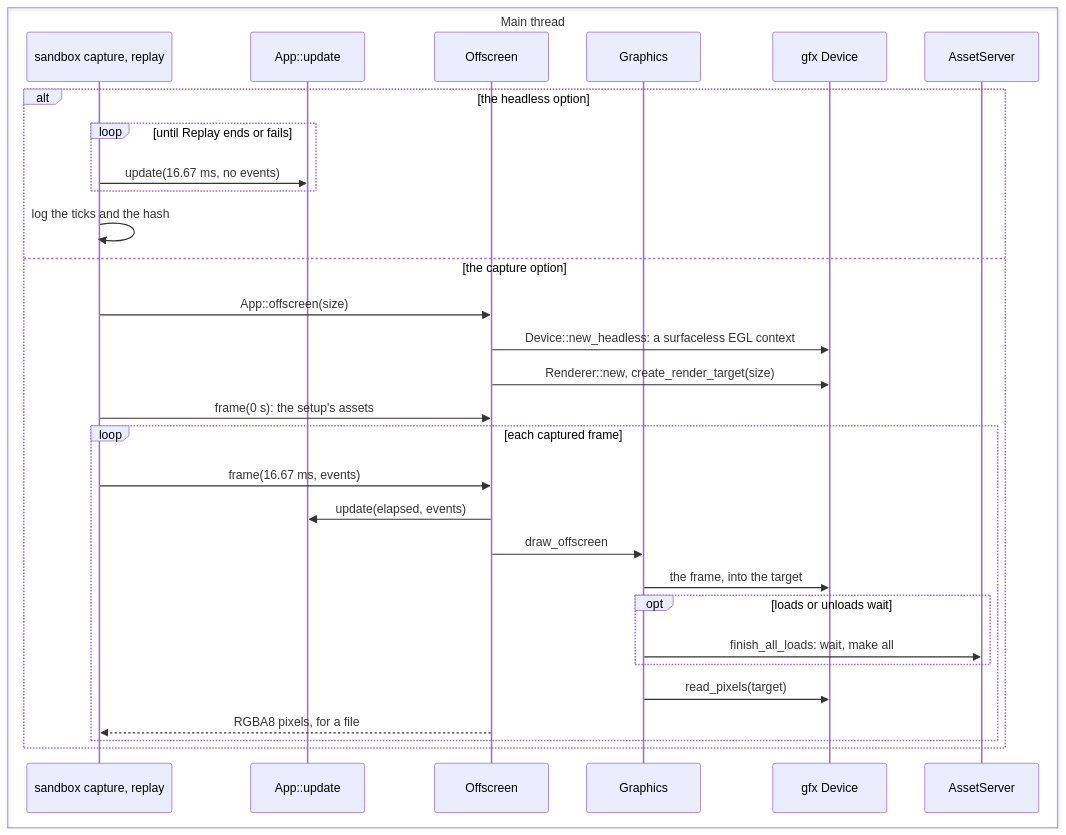
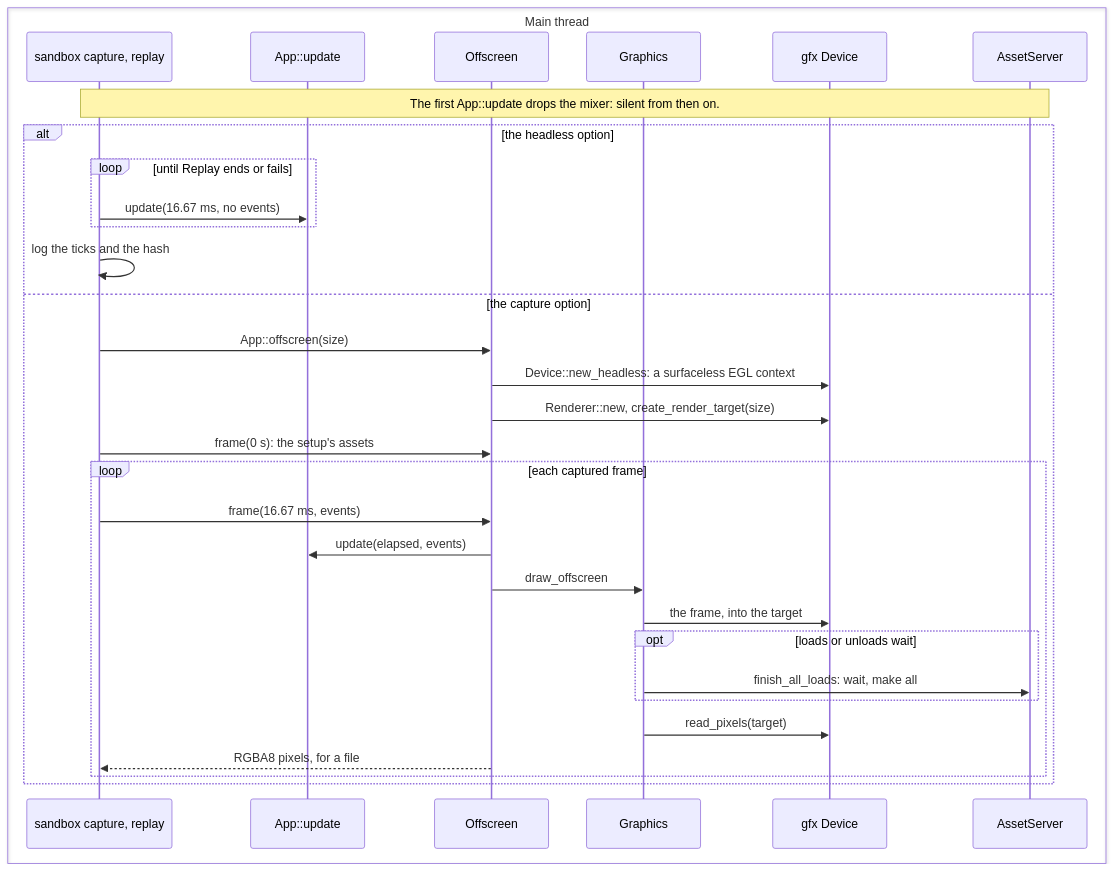
One commit to jabbott-iii/Nadir changed the tenth of 12 diagrams in diagrams/game-loop-sequence.md. Above: the diagram before and after it, drawn with Mermaid. The commit also changed other lines of this file and 35 other files, not shown here.

````diff
--- a/diagrams/game-loop-sequence.md
+++ b/diagrams/game-loop-sequence.md
@@ -503,34 +550,35 @@
 ```mermaid
 sequenceDiagram
     box Main thread
         participant Sb as sandbox capture, replay
         participant Upd as App::update
         participant Ofs as Offscreen
         participant Gfx as Graphics
         participant Dev as gfx Device
         participant Srv as AssetServer
     end
 
+    Note over Sb,Srv: The first App::update drops the mixer: silent from then on.
     alt the headless option
         loop until Replay ends or fails
             Sb->>Upd: update(16.67 ms, no events)
         end
         Sb->>Sb: log the ticks and the hash
     else the capture option
         Sb->>Ofs: App::offscreen(size)
         Ofs->>Dev: Device::new_headless: a surfaceless EGL context
         Ofs->>Dev: Renderer::new, create_render_target(size)
         Sb->>Ofs: frame(0 s): the setup's assets
         loop each captured frame
             Sb->>Ofs: frame(16.67 ms, events)
             Ofs->>Upd: update(elapsed, events)
             Ofs->>Gfx: draw_offscreen
             Gfx->>Dev: the frame, into the target
             opt loads or unloads wait
                 Gfx->>Srv: finish_all_loads: wait, make all
             end
             Gfx->>Dev: read_pixels(target)
             Ofs-->>Sb: RGBA8 pixels, for a file
         end
     end
 ```
````
